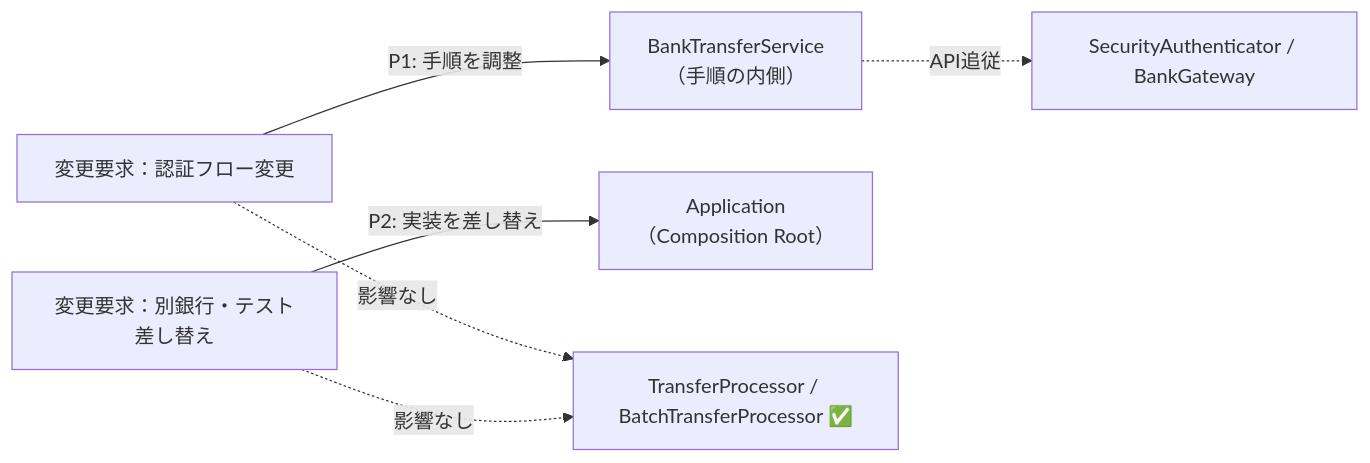
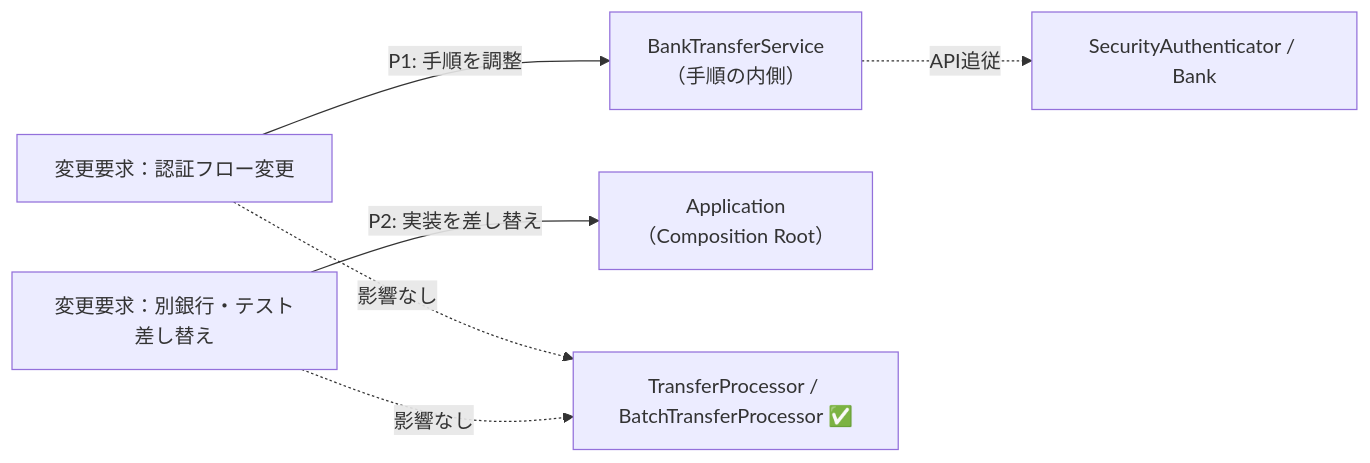
The ninth of 11 diagrams in kindle/design-patterns/output/chapter02.md (kumachan1101-pixel/DesignPattern), drawn with Mermaid before and after one commit. The commit also changed other lines of this file and 1 other file, not shown here.

````diff
--- a/kindle/design-patterns/output/chapter02.md
+++ b/kindle/design-patterns/output/chapter02.md
@@ -1903,10 +1748,10 @@
 ```mermaid
 graph LR
     T1["変更要求：認証フロー変更"]
         -->|"P1: 手順を調整"| F1["BankTransferService<br>（手順の内側）"]
-    F1 -.->|"API追従"| S1["SecurityAuthenticator / BankGateway"]
+    F1 -.->|"API追従"| S1["SecurityAuthenticator / Bank"]
     T2["変更要求：別銀行・テスト差し替え"]
         -->|"P2: 実装を差し替え"| F2["Application<br>（Composition Root）"]
     T1 -.->|"影響なし"| A["TransferProcessor / BatchTransferProcessor ✅"]
     T2 -.->|"影響なし"| A
 ```
````
